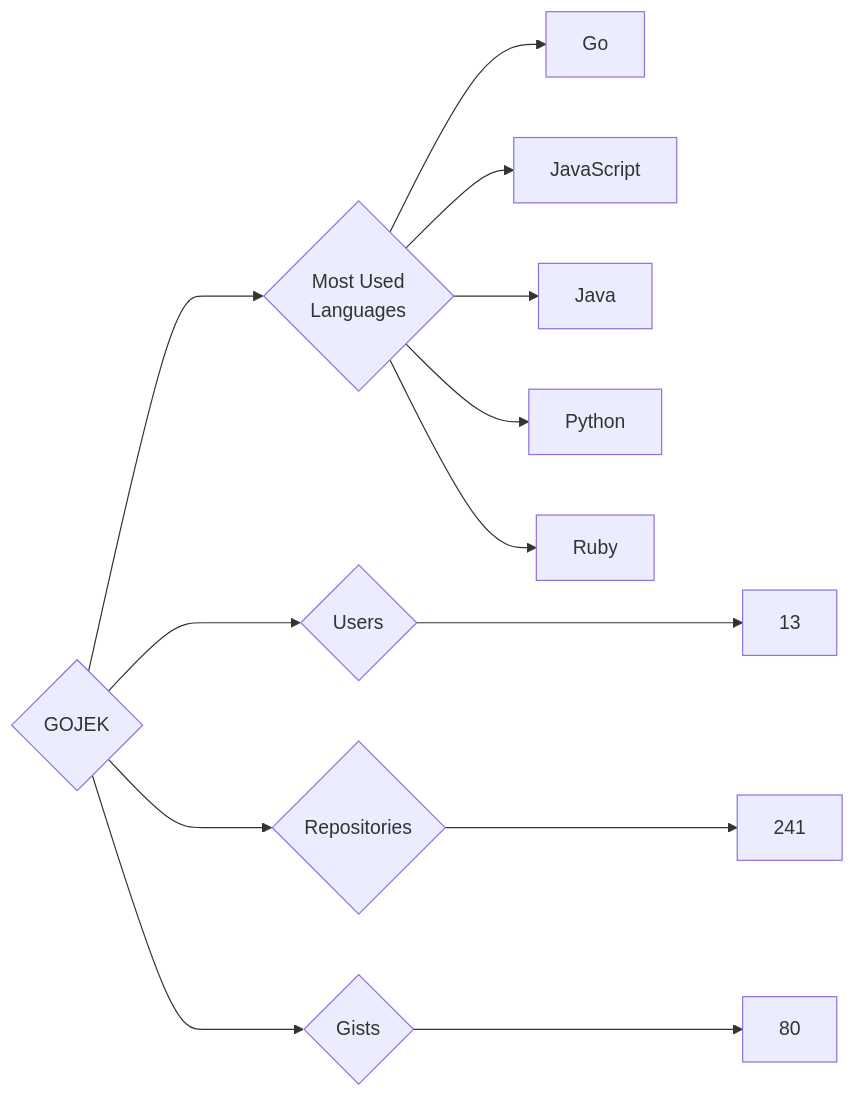
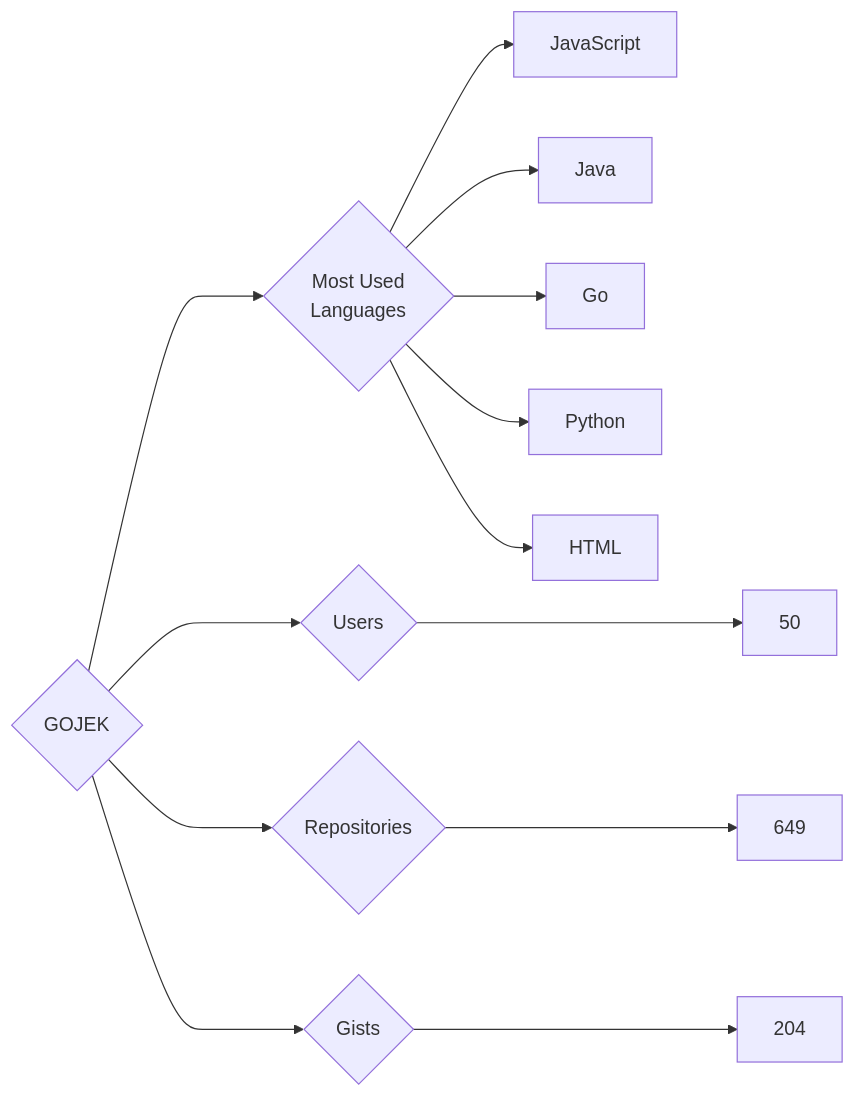
One commit to trickest/insiders changed the diagram in targets/GOJEK/README.md. Above: the diagram before and after it, drawn with Mermaid. The commit also changed 750 other files, not shown here.

````diff
--- a/targets/GOJEK/README.md
+++ b/targets/GOJEK/README.md
@@ -3,13 +3,13 @@
 ```mermaid
 graph LR
 COMPANY_NAME{GOJEK}
-COMPANY_NAME ---> U{Users} ---> UN[13]
-COMPANY_NAME ---> R{Repositories} ---> RN[241]
-COMPANY_NAME ---> G{Gists} ---> GN[80]
+COMPANY_NAME ---> U{Users} ---> UN[50]
+COMPANY_NAME ---> R{Repositories} ---> RN[649]
+COMPANY_NAME ---> G{Gists} ---> GN[204]
 COMPANY_NAME ---> ML{Most Used<br>Languages}
-ML --> Go[Go]
 ML --> JavaScript[JavaScript]
 ML --> Java[Java]
+ML --> Go[Go]
 ML --> Python[Python]
-ML --> Ruby[Ruby]
+ML --> HTML[HTML]
 ```
````
